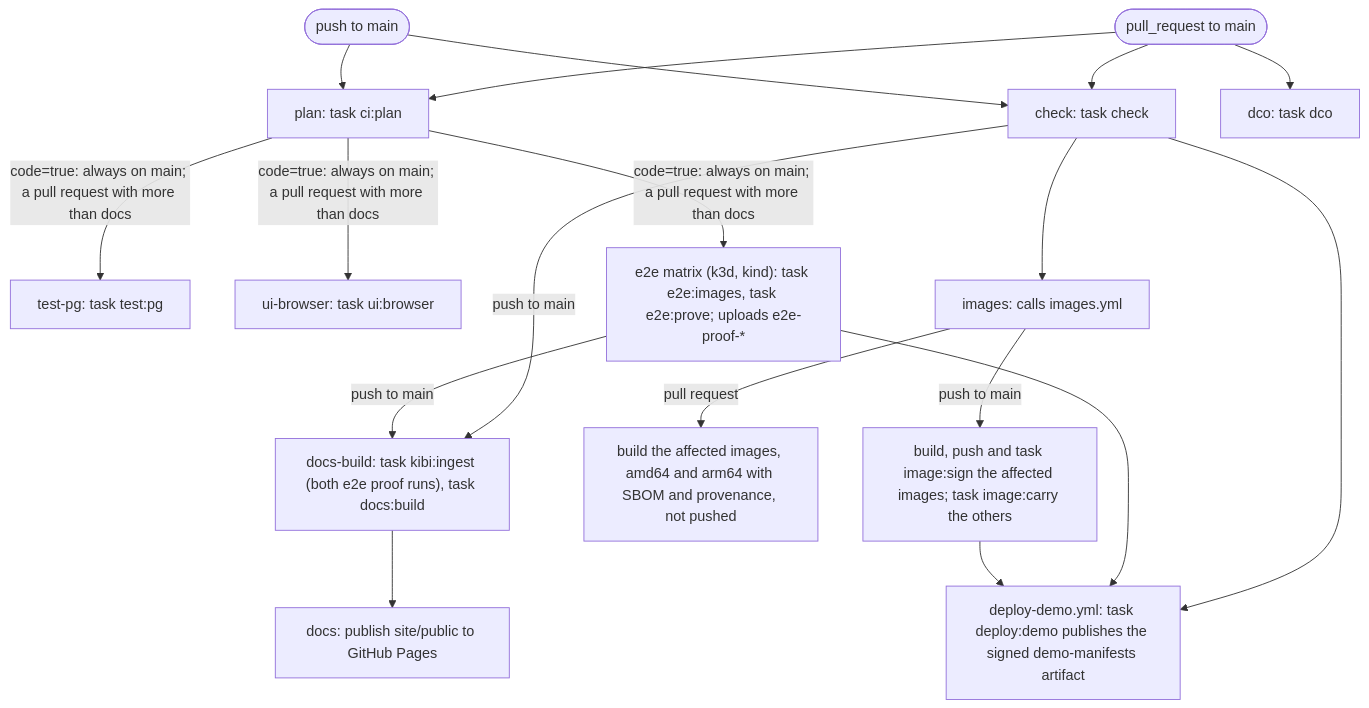
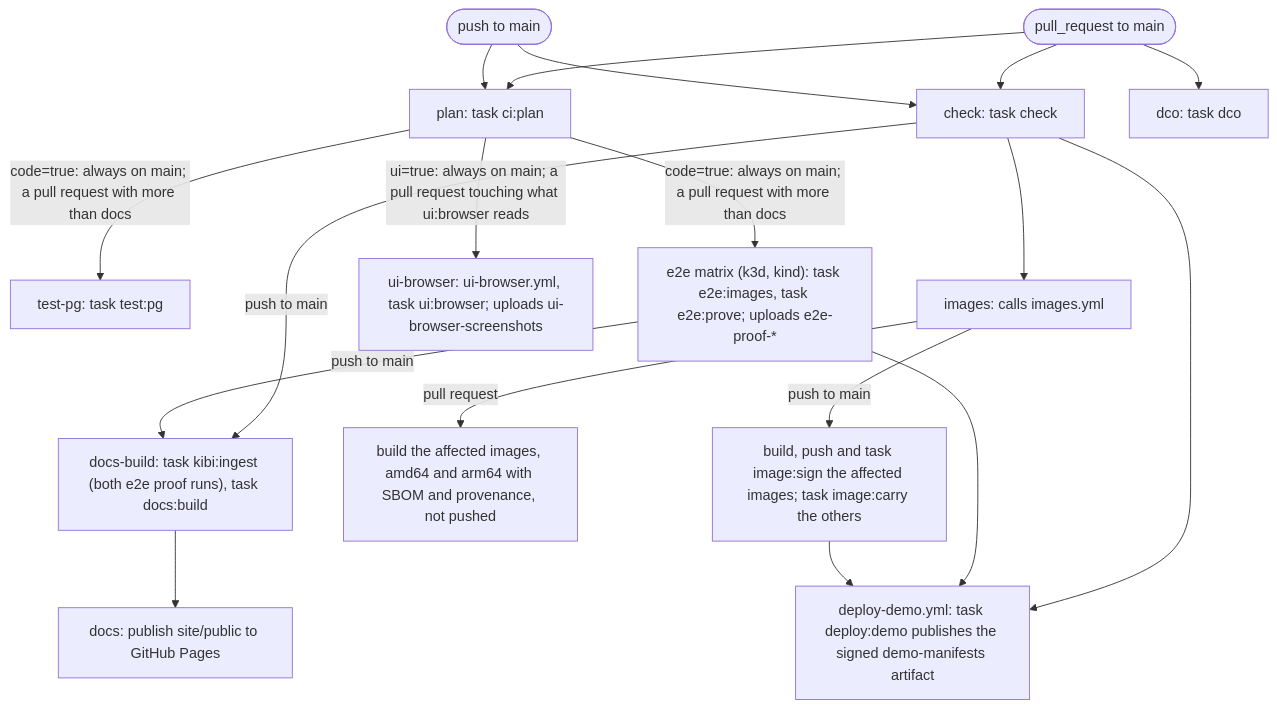
The third of 5 diagrams in docs/dev/pipeline.md (arkadiuss/openfief), drawn with Mermaid before and after one commit. The commit also changed other lines of this file and 20 other files, not shown here.

````diff
--- a/docs/dev/pipeline.md
+++ b/docs/dev/pipeline.md
@@ -210,18 +210,19 @@
 ```mermaid
 flowchart TD
   pr(["pull_request to main"])
   push(["push to main"])
   pr --> plan & check & dco
   push --> plan & check
-  plan["plan: task ci:plan"] -->|"code=true: always on main; a pull request with more than docs"| testpg & uibrowser & e2e
+  plan["plan: task ci:plan"] -->|"code=true: always on main; a pull request with more than docs"| testpg & e2e
+  plan -->|"ui=true: always on main; a pull request touching what ui:browser reads"| uibrowser
   check["check: task check"] --> images["images: calls images.yml"]
   check & e2e -->|"push to main"| docsbuild["docs-build: task kibi:ingest (both e2e proof runs), task docs:build"]
   docsbuild --> docsjob["docs: publish site/public to GitHub Pages"]
   testpg["test-pg: task test:pg"]
-  uibrowser["ui-browser: task ui:browser"]
+  uibrowser["ui-browser: ui-browser.yml, task ui:browser; uploads ui-browser-screenshots"]
   dco["dco: task dco"]
   e2e["e2e matrix (k3d, kind): task e2e:images, task e2e:prove; uploads e2e-proof-*"]
   images -->|"pull request"| build["build the affected images, amd64 and arm64 with SBOM and provenance, not pushed"]
   images -->|"push to main"| pub["build, push and task image:sign the affected images; task image:carry the others"]
   check & e2e & pub --> demo["deploy-demo.yml: task deploy:demo publishes the signed demo-manifests artifact"]
 ```
````
